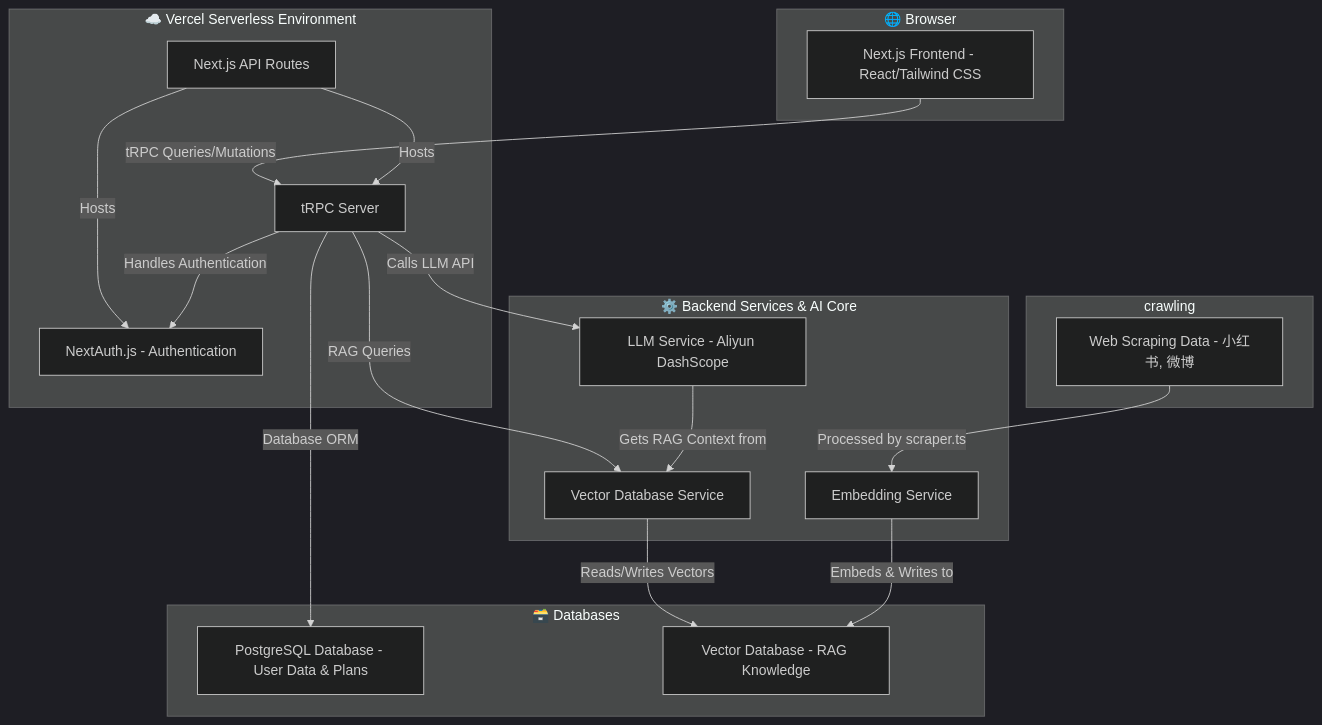
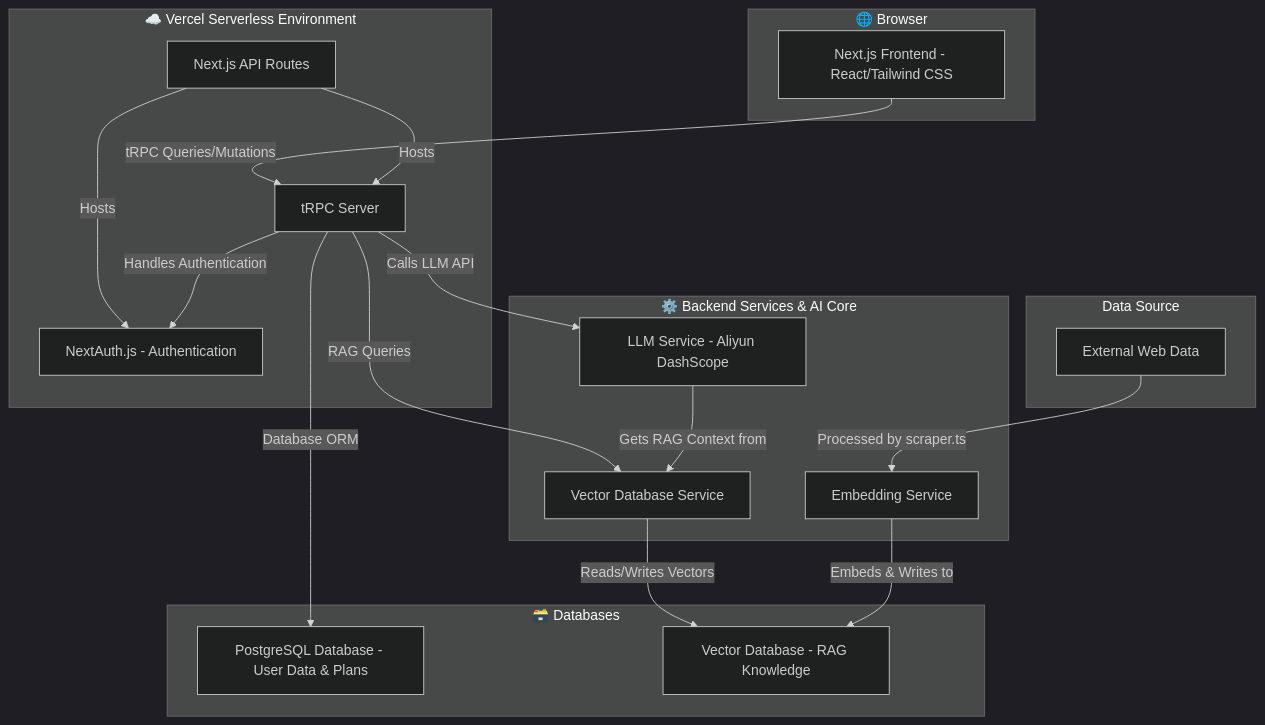
Before and after one commit to ACardinals/TravelGPT: the diagram in README.md, drawn with Mermaid (dark theme). The commit also changed other lines of this file and 1 other file, not shown here.

Commit message:
docs: generalize data source descriptions in READMEs

````diff
--- a/README.md
+++ b/README.md
@@ -30,44 +30,44 @@
 ```mermaid
 graph TD
     subgraph "🌐 Browser"
         A[Next.js Frontend - React/Tailwind CSS]
     end
 
     subgraph "☁️ Vercel Serverless Environment"
         B[Next.js API Routes]
         C[tRPC Server]
         D[NextAuth.js - Authentication]
     end
 
     subgraph "⚙️ Backend Services & AI Core"
         F[LLM Service - Aliyun DashScope]
         G[Vector Database Service]
         H[Embedding Service]
     end
 
     subgraph "🗃️ Databases"
         I[PostgreSQL Database - User Data & Plans]
         J[Vector Database - RAG Knowledge]
     end
     
-    subgraph " crawling "
-     K[Web Scraping Data - 小红书, 微博]
+    subgraph "Data Source"
+     K[External Web Data]
     end
     
 
     A -- "tRPC Queries/Mutations" --> C
     B -- "Hosts" --> C
     B -- "Hosts" --> D
 
     C -- "Database ORM" --> I
     C -- "Calls LLM API" --> F
     C -- "RAG Queries" --> G
     C -- "Handles Authentication" --> D
 
     G -- "Reads/Writes Vectors" --> J
     H -- "Embeds & Writes to" --> J
 
     F -- "Gets RAG Context from" --> G
 
     K -- "Processed by scraper.ts" --> H
 ```
````
